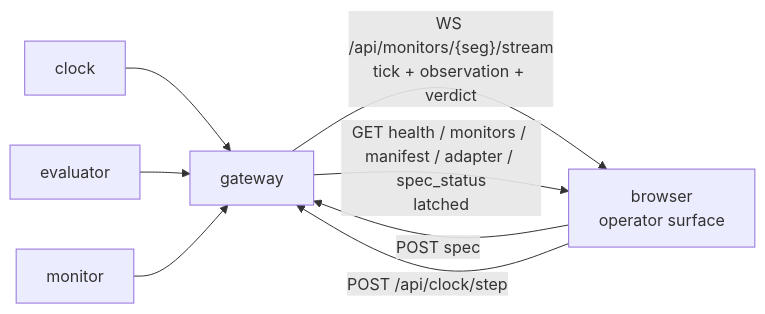
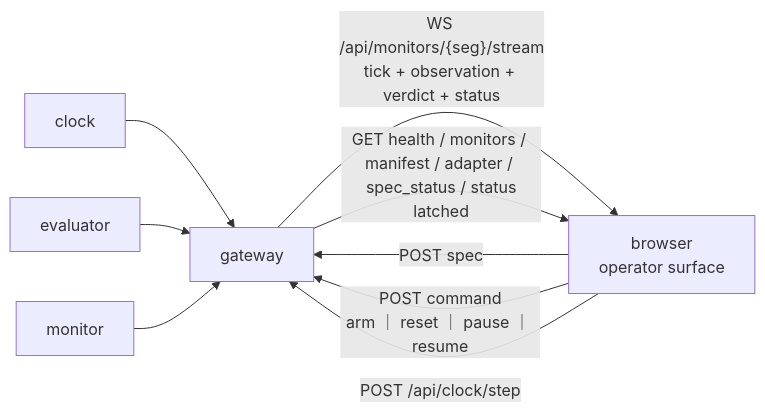
Before and after one commit to pinhas019/LtlMonitor: the diagram in docs/packages/P7-frontend.md, drawn with Mermaid. The commit also changed other lines of this file and 3 other files, not shown here.

````diff
--- a/docs/packages/P7-frontend.md
+++ b/docs/packages/P7-frontend.md
@@ -18,15 +18,16 @@
 ```mermaid
 flowchart LR
   CLK["clock"]
   EVAL["evaluator"]
   MON["monitor"]
   GW["gateway"]
   FE["browser<br/>operator surface"]
   CLK --> GW
   EVAL --> GW
   MON --> GW
-  GW -- "WS /api/monitors/{seg}/stream<br/>tick + observation + verdict" --> FE
-  GW -- "GET health / monitors / manifest / adapter / spec_status<br/>latched" --> FE
+  GW -- "WS /api/monitors/{seg}/stream<br/>tick + observation + verdict + status" --> FE
+  GW -- "GET health / monitors / manifest / adapter / spec_status / status<br/>latched" --> FE
   FE -- "POST spec" --> GW
+  FE -- "POST command<br/>arm ｜ reset ｜ pause ｜ resume" --> GW
   FE -- "POST /api/clock/step" --> GW
 ```
````
